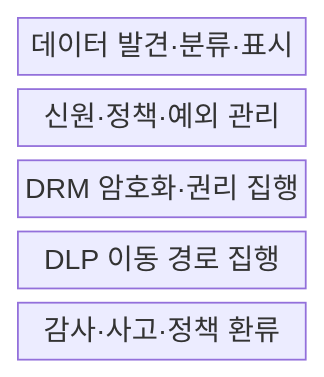
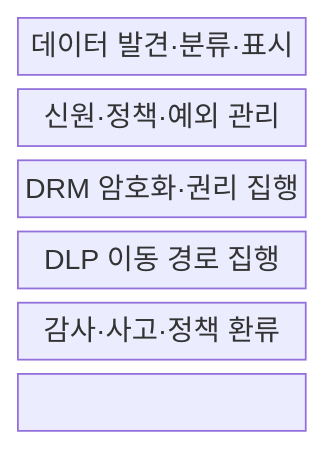
Before and after one commit to agnusdei1207/knowledge-base: the first of 2 diagrams in src/content/docs/notes/05-security/142_drm_dlp.md, drawn with Mermaid. The commit also changed other lines of this file and 151 other files, not shown here.

````diff
--- a/src/content/docs/notes/05-security/142_drm_dlp.md
+++ b/src/content/docs/notes/05-security/142_drm_dlp.md
@@ -56,9 +56,11 @@
 ```mermaid
 block-beta
   columns 1
   C["데이터 발견·분류·표시"]
   P["신원·정책·예외 관리"]
   R["DRM 암호화·권리 집행"]
   D["DLP 이동 경로 집행"]
   A["감사·사고·정책 환류"]
+  C --- P --- R
+  R --- D --- A
 ```
````
